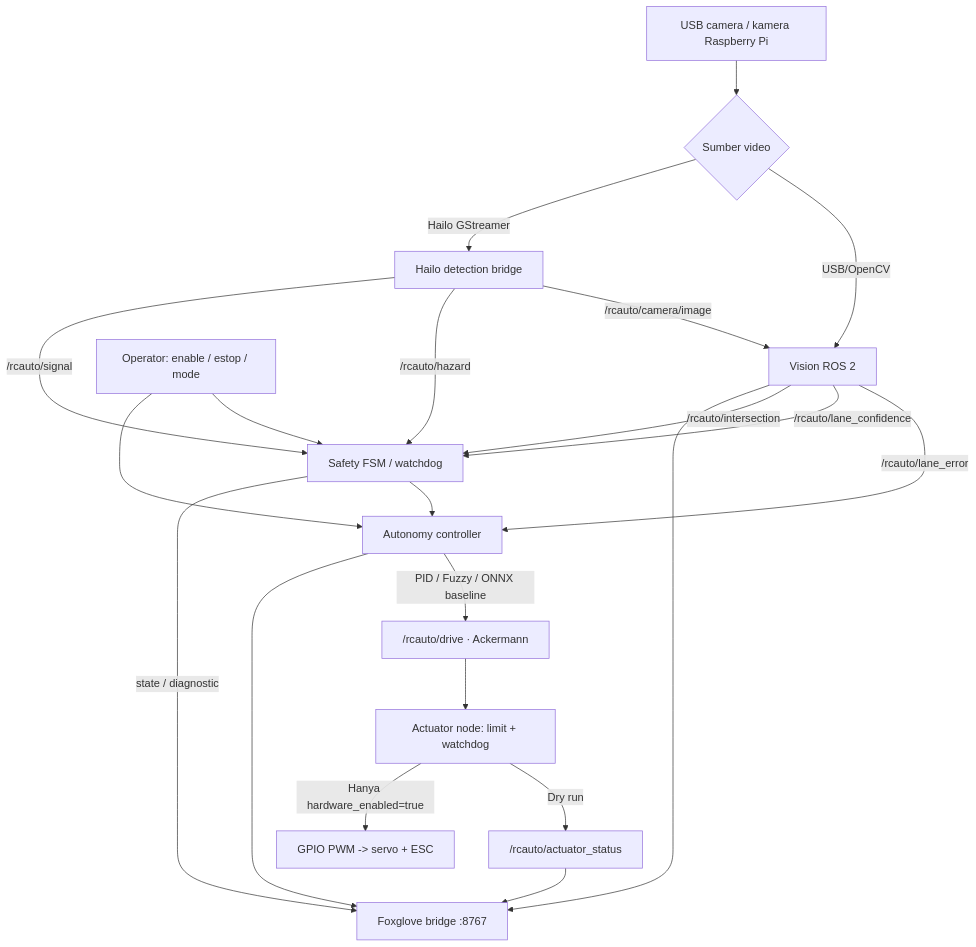
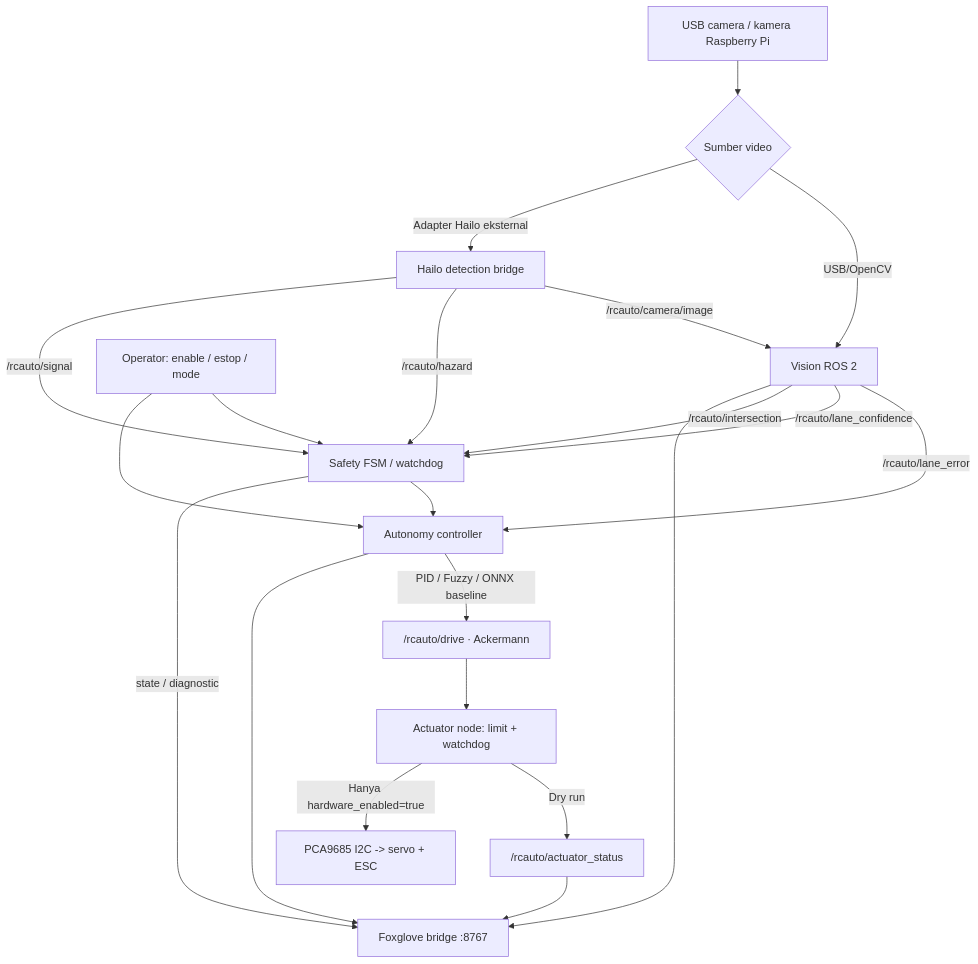
One commit to rofiqcp/RCauto changed the first of 3 diagrams in README.md. Above: the diagram before and after it, drawn with Mermaid. The commit also changed other lines of this file and 103 other files, not shown here.

````diff
--- a/README.md
+++ b/README.md
@@ -11,23 +11,23 @@
 ```mermaid
 flowchart TD
     C[USB camera / kamera Raspberry Pi] --> SELECT{Sumber video}
     SELECT -->|USB/OpenCV| VIS[Vision ROS 2]
-    SELECT -->|Hailo GStreamer| H[Hailo detection bridge]
+    SELECT -->|Adapter Hailo eksternal| H[Hailo detection bridge]
     H -->|/rcauto/camera/image| VIS
     H -->|/rcauto/hazard| SAFE
     H -->|/rcauto/signal| SAFE
     VIS -->|/rcauto/lane_error| CTRL
     VIS -->|/rcauto/lane_confidence| SAFE
     VIS -->|/rcauto/intersection| SAFE
     SAFE[Safety FSM / watchdog] --> CTRL[Autonomy controller]
     OP[Operator: enable / estop / mode] --> SAFE
     OP --> CTRL
     CTRL -->|PID / Fuzzy / ONNX baseline| DRIVE["/rcauto/drive · Ackermann"]
     DRIVE --> ACT[Actuator node: limit + watchdog]
     ACT -->|Dry run| STATUS["/rcauto/actuator_status"]
-    ACT -->|Hanya hardware_enabled=true| PWM[GPIO PWM -> servo + ESC]
+    ACT -->|Hanya hardware_enabled=true| PWM[PCA9685 I2C -> servo + ESC]
     SAFE -->|state / diagnostic| MON[Foxglove bridge :8767]
     CTRL --> MON
     VIS --> MON
     STATUS --> MON
 ```
````
